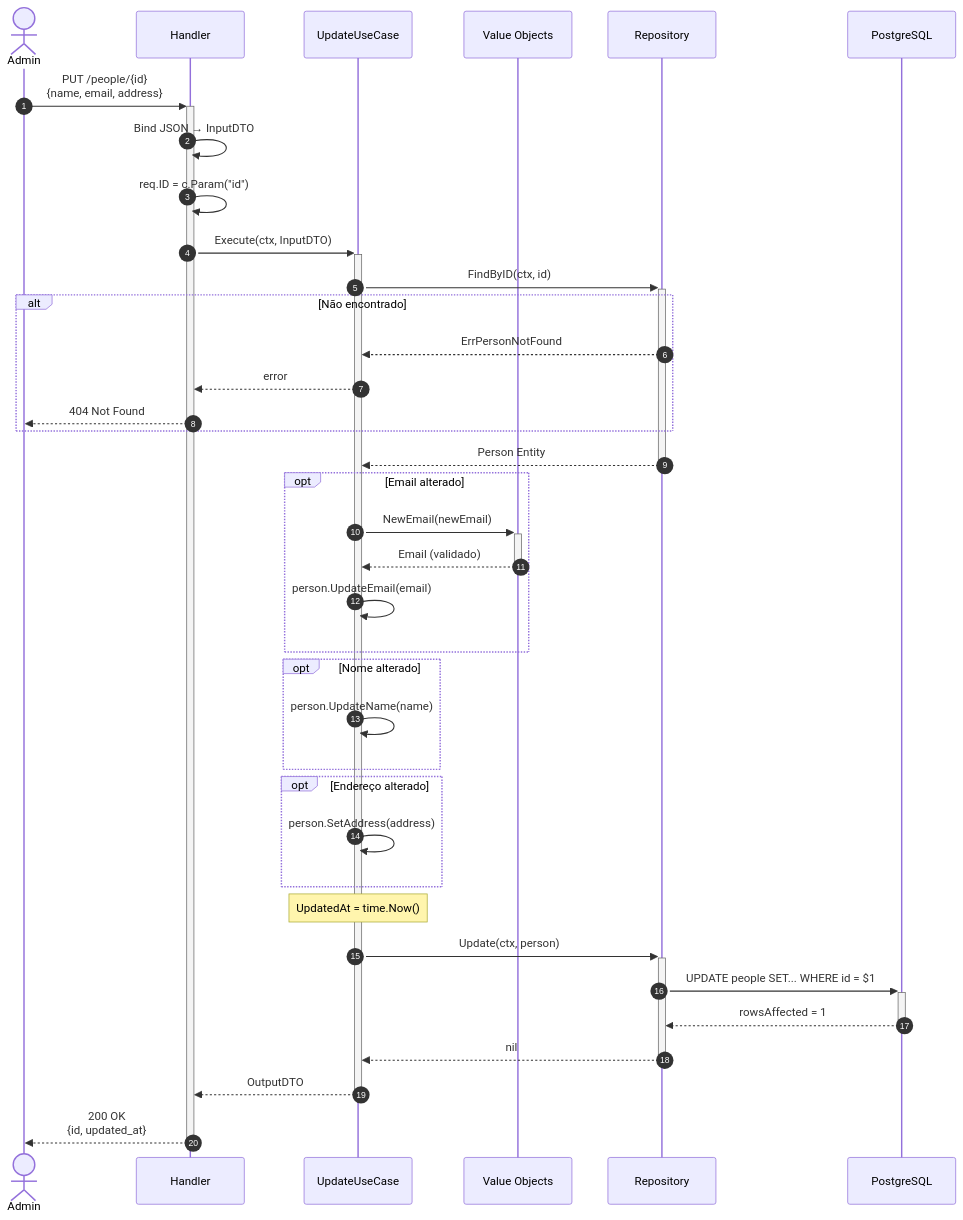
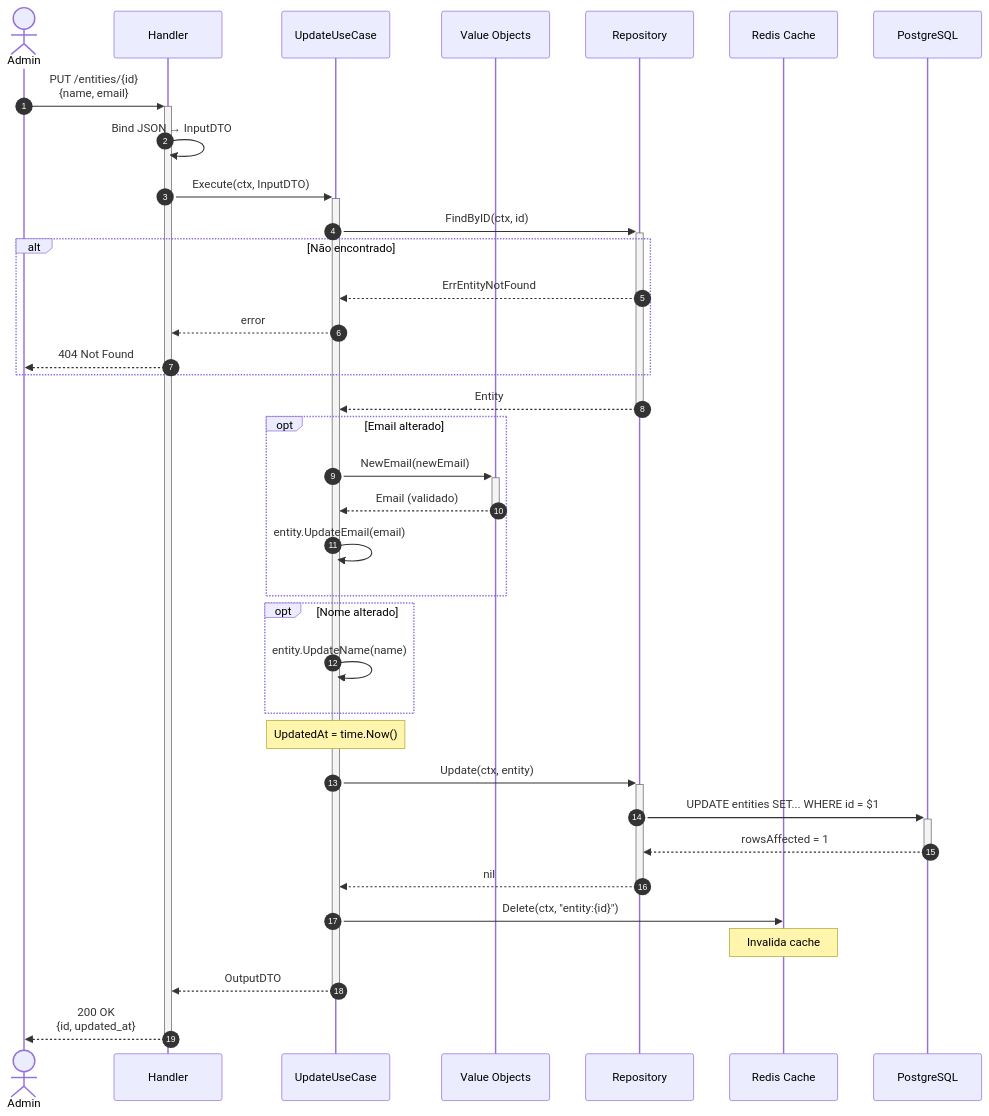
The sixth of 8 diagrams in docs/app/architecture.md (jrmarcello/gopherplate), drawn with Mermaid before and after one commit. The commit also changed other lines of this file, not shown here.

Commit message:
docs: update architecture diagram and description for entity domain

````diff
--- a/docs/app/architecture.md
+++ b/docs/app/architecture.md
@@ -286,49 +282,48 @@
 ```mermaid
 sequenceDiagram
     autonumber
     actor Admin
     participant H as Handler
     participant UC as UpdateUseCase
     participant VO as Value Objects
     participant R as Repository
+    participant C as Redis Cache
     participant DB as PostgreSQL
 
-    Admin->>+H: PUT /people/{id}<br/>{name, email, address}
+    Admin->>+H: PUT /entities/{id}<br/>{name, email}
 
     H->>H: Bind JSON → InputDTO
-    H->>H: req.ID = c.Param("id")
     H->>+UC: Execute(ctx, InputDTO)
 
     UC->>+R: FindByID(ctx, id)
     alt Não encontrado
-        R-->>UC: ErrPersonNotFound
+        R-->>UC: ErrEntityNotFound
         UC-->>H: error
         H-->>Admin: 404 Not Found
     end
-    R-->>-UC: Person Entity
+    R-->>-UC: Entity
 
     opt Email alterado
         UC->>+VO: NewEmail(newEmail)
         VO-->>-UC: Email (validado)
-        UC->>UC: person.UpdateEmail(email)
+        UC->>UC: entity.UpdateEmail(email)
     end
 
     opt Nome alterado
-        UC->>UC: person.UpdateName(name)
-    end
-
-    opt Endereço alterado
-        UC->>UC: person.SetAddress(address)
+        UC->>UC: entity.UpdateName(name)
     end
 
     Note over UC: UpdatedAt = time.Now()
 
-    UC->>+R: Update(ctx, person)
-    R->>+DB: UPDATE people SET... WHERE id = $1
+    UC->>+R: Update(ctx, entity)
+    R->>+DB: UPDATE entities SET... WHERE id = $1
     DB-->>-R: rowsAffected = 1
     R-->>-UC: nil
+    
+    UC->>C: Delete(ctx, "entity:{id}")
+    Note over C: Invalida cache
 
     UC-->>-H: OutputDTO
 
     H-->>-Admin: 200 OK<br/>{id, updated_at}
 ```
````
